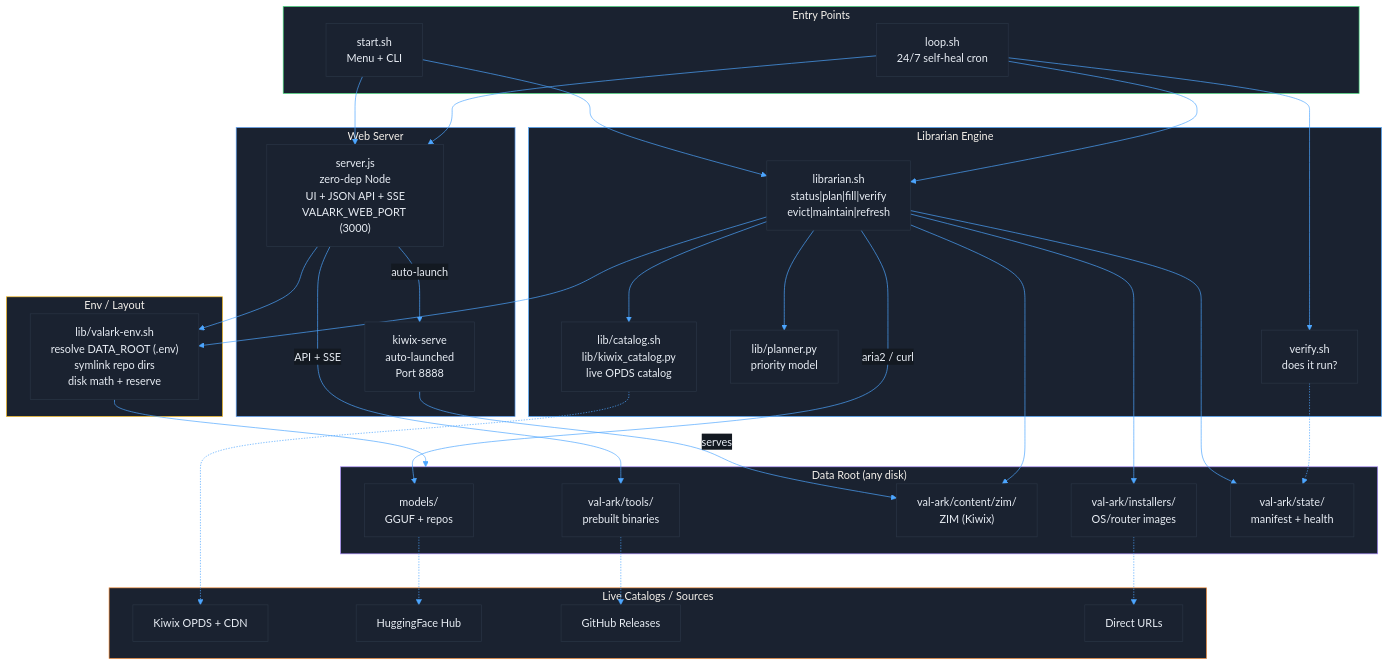
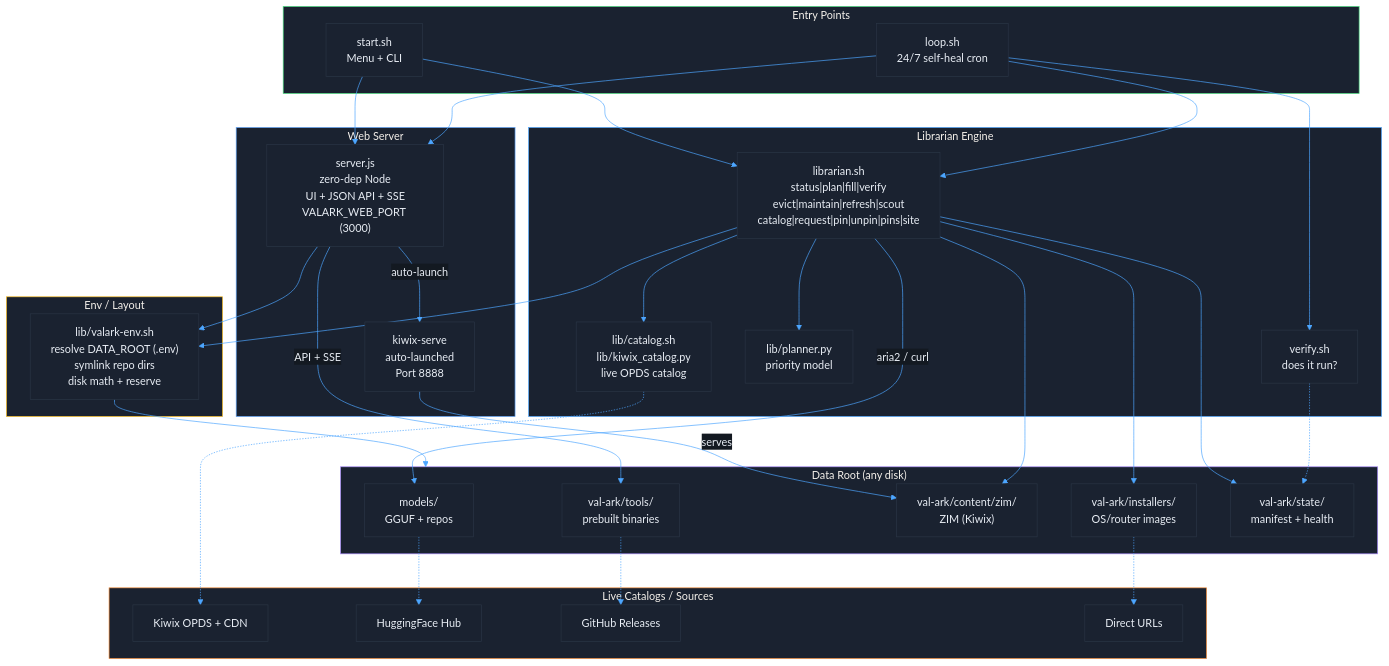
One commit to mvalancy/val-ark changed the first of 6 diagrams in docs/ARCHITECTURE.md. Above: the diagram before and after it, drawn with Mermaid. The commit also changed other lines of this file and 34 other files, not shown here.

First line of the commit message:
Release 0.1.27 — static browse pages, model scout, speech + vision first, docs refresh (#266)

````diff
--- a/docs/ARCHITECTURE.md
+++ b/docs/ARCHITECTURE.md
@@ -29,78 +29,78 @@
 ```mermaid
 %%{init: {'theme': 'base', 'themeVariables': {
   'primaryColor': '#1a2230',
   'primaryBorderColor': '#2a3545',
   'primaryTextColor': '#e8edf4',
   'lineColor': '#4da6ff',
   'secondaryColor': '#131921',
   'tertiaryColor': '#0a0e14'
 }}}%%
 graph TB
     subgraph Entry["Entry Points"]
         style Entry fill:#1a2230,stroke:#4ade80
         START["start.sh<br/>Menu + CLI"]
         LOOP["loop.sh<br/>24/7 self-heal cron"]
     end
 
     subgraph WebServer["Web Server"]
         style WebServer fill:#1a2230,stroke:#60a5fa
         SERVER["server.js<br/>zero-dep Node<br/>UI + JSON API + SSE<br/>VALARK_WEB_PORT (3000)"]
         KIWIX["kiwix-serve<br/>auto-launched<br/>Port 8888"]
     end
 
     subgraph Engine["Librarian Engine"]
         style Engine fill:#1a2230,stroke:#4da6ff
-        LIB["librarian.sh<br/>status|plan|fill|verify<br/>evict|maintain|refresh"]
+        LIB["librarian.sh<br/>status|plan|fill|verify<br/>evict|maintain|refresh|scout<br/>catalog|request|pin|unpin|pins|site"]
         CAT["lib/catalog.sh<br/>lib/kiwix_catalog.py<br/>live OPDS catalog"]
         PLAN["lib/planner.py<br/>priority model"]
         VERIFY["verify.sh<br/>does it run?"]
     end
 
     subgraph EnvLayer["Env / Layout"]
         style EnvLayer fill:#1a2230,stroke:#fbbf24
         ENV["lib/valark-env.sh<br/>resolve DATA_ROOT (.env)<br/>symlink repo dirs<br/>disk math + reserve"]
     end
 
     subgraph Storage["Data Root (any disk)"]
         style Storage fill:#1a2230,stroke:#a78bfa
         MODELS["models/<br/>GGUF + repos"]
         TOOLS["val-ark/tools/<br/>prebuilt binaries"]
         CONTENT["val-ark/content/zim/<br/>ZIM (Kiwix)"]
         INSTALLERS["val-ark/installers/<br/>OS/router images"]
         STATE["val-ark/state/<br/>manifest + health"]
     end
 
     subgraph External["Live Catalogs / Sources"]
         style External fill:#1a2230,stroke:#fb923c
         KIWIXCDN["Kiwix OPDS + CDN"]
         HF["HuggingFace Hub"]
         GITHUB["GitHub Releases"]
         DIRECT["Direct URLs"]
     end
 
     START --> LIB
     START --> SERVER
     LOOP --> LIB
     LOOP --> VERIFY
     LOOP --> SERVER
 
     SERVER --> ENV
     LIB --> ENV
     LIB --> CAT
     LIB --> PLAN
     CAT -.-> KIWIXCDN
     ENV --> Storage
 
     SERVER -->|API + SSE| TOOLS
     SERVER -->|auto-launch| KIWIX
     KIWIX -->|serves| CONTENT
 
     LIB -->|aria2 / curl| MODELS
     LIB --> CONTENT
     LIB --> INSTALLERS
     LIB --> STATE
     MODELS -.-> HF
     TOOLS -.-> GITHUB
     INSTALLERS -.-> DIRECT
     VERIFY -.-> STATE
 ```
````
